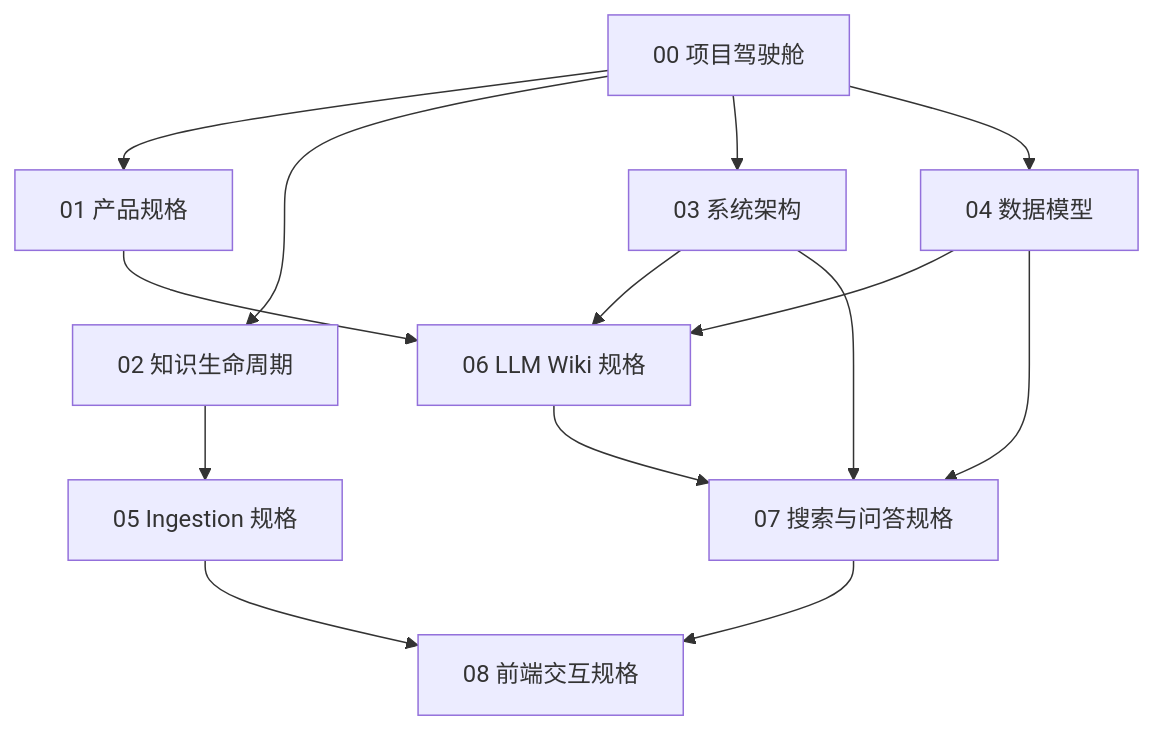
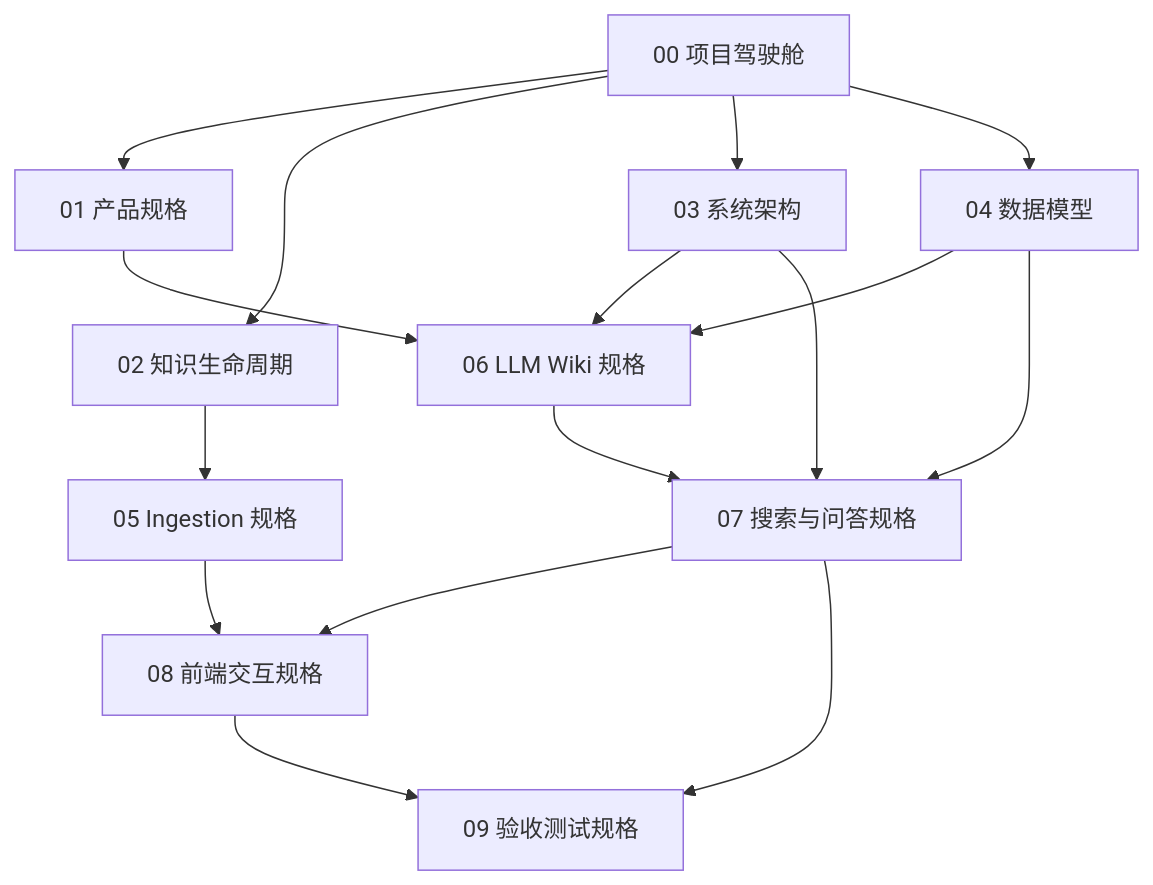
Before and after one commit to LittleBlacky/KnowWeave: the seventh of 7 diagrams in docs/00-project-dashboard.md, drawn with Mermaid. The commit also changed other lines of this file and 6 other files, not shown here.

````diff
--- a/docs/00-project-dashboard.md
+++ b/docs/00-project-dashboard.md
@@ -245,16 +245,18 @@
 ```mermaid
 flowchart TD
   D0["00 项目驾驶舱"] --> D1["01 产品规格"]
   D0 --> D2["02 知识生命周期"]
   D0 --> D3["03 系统架构"]
   D0 --> D4["04 数据模型"]
   D2 --> D5["05 Ingestion 规格"]
   D1 --> D6["06 LLM Wiki 规格"]
   D3 --> D6
   D4 --> D6
   D3 --> D7["07 搜索与问答规格"]
   D4 --> D7
   D6 --> D7
   D7 --> D8["08 前端交互规格"]
   D5 --> D8
+  D8 --> D9["09 验收测试规格"]
+  D7 --> D9
 ```
````
